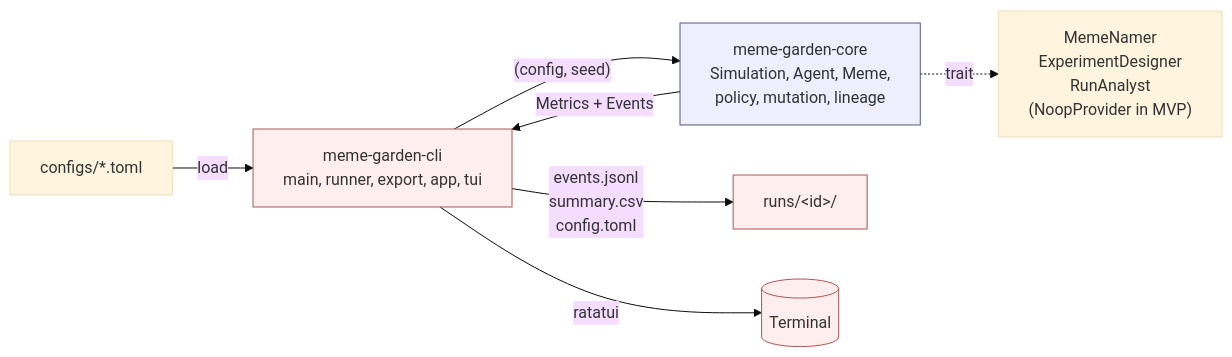
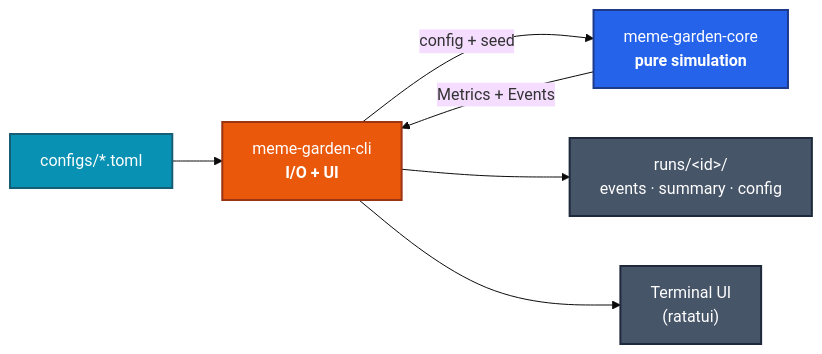
The first of 3 diagrams in README.md (LucaCevasco/MemeGarden), drawn with Mermaid (base theme) before and after one commit. The commit also changed other lines of this file and 4 other files, not shown here.

````diff
--- a/README.md
+++ b/README.md
@@ -93,14 +93,19 @@
 ```mermaid
 flowchart LR
-    Config["configs/*.toml"] -- load --> CLI
-    CLI["meme-garden-cli<br/>main, runner, export, app, tui"] -- "(config, seed)" --> Core
-    Core["meme-garden-core<br/>Simulation, Agent, Meme,<br/>policy, mutation, lineage"] -- "Metrics + Events" --> CLI
-    CLI -- "events.jsonl<br/>summary.csv<br/>config.toml" --> Runs["runs/&lt;id&gt;/"]
-    CLI -- ratatui --> Term[(Terminal)]
-    Core -. trait .-> AI["MemeNamer<br/>ExperimentDesigner<br/>RunAnalyst<br/>(NoopProvider in MVP)"]
+    Cfg["configs/*.toml"]:::input
+    CLI["meme-garden-cli<br/><b>I/O + UI</b>"]:::impure
+    Core["meme-garden-core<br/><b>pure simulation</b>"]:::pure
+    Runs["runs/&lt;id&gt;/<br/>events · summary · config"]:::output
+    Term["Terminal UI<br/>(ratatui)"]:::output
 
-    classDef pure fill:#eef,stroke:#557;
-    classDef impure fill:#fee,stroke:#a55;
-    class Core pure;
-    class CLI,Runs,Term impure;
+    Cfg --> CLI
+    CLI -->|"config + seed"| Core
+    Core -->|"Metrics + Events"| CLI
+    CLI --> Runs
+    CLI --> Term
+
+    classDef pure fill:#2563eb,stroke:#1e3a8a,color:#fff,stroke-width:2px;
+    classDef impure fill:#ea580c,stroke:#9a3412,color:#fff,stroke-width:2px;
+    classDef input fill:#0891b2,stroke:#155e75,color:#fff,stroke-width:2px;
+    classDef output fill:#475569,stroke:#1e293b,color:#fff,stroke-width:2px;
 ```
````
